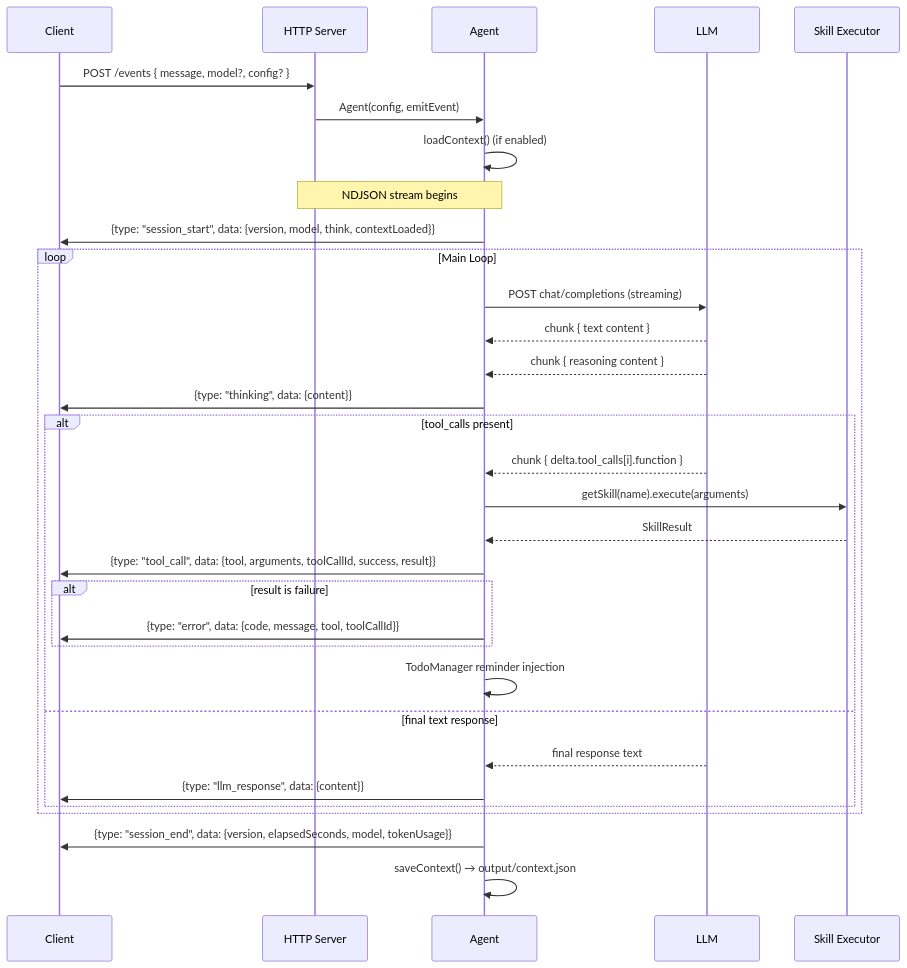
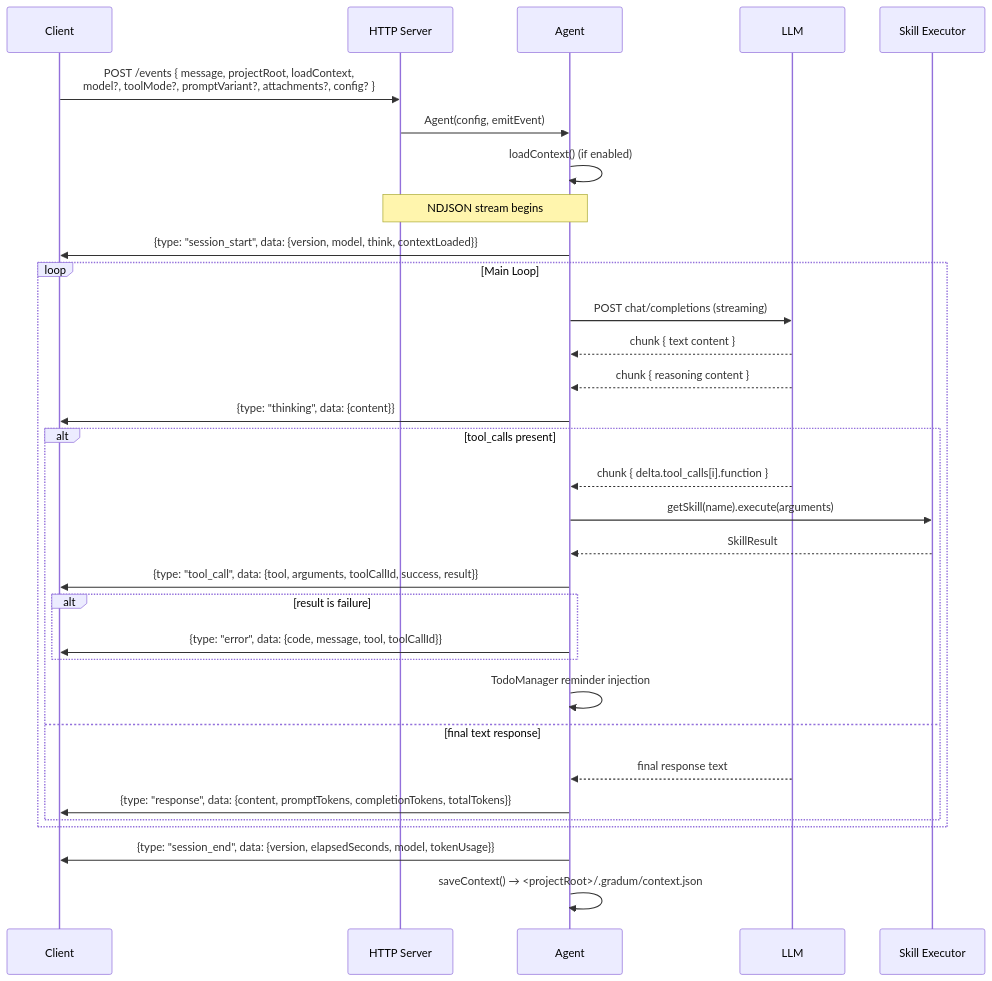
The fifth of 29 diagrams in docs/ARCHITECTURE.md (lg841226/Gradum), drawn with Mermaid before and after one commit. The commit also changed other lines of this file and 5 other files, not shown here.

Commit message:
docs: sync ARCHITECTURE.md with framework refactor and polish skill/plugin code

````diff
--- a/docs/ARCHITECTURE.md
+++ b/docs/ARCHITECTURE.md
@@ -466,37 +522,37 @@
 ```mermaid
 sequenceDiagram
     participant Client
     participant Server as HTTP Server
     participant Agent
     participant LLM
     participant Skill as Skill Executor
-    Client ->> Server: POST /events { message, model?, config? }
+    Client ->> Server: POST /events { message, projectRoot, loadContext,<br/>model?, toolMode?, promptVariant?, attachments?, config? }
     Server ->> Agent: Agent(config, emitEvent)
     Agent ->> Agent: loadContext() (if enabled)
     Note over Agent, Server: NDJSON stream begins
     Agent ->> Client: {type: "session_start", data: {version, model, think, contextLoaded}}
 
     loop Main Loop
         Agent ->> LLM: POST chat/completions (streaming)
         LLM -->> Agent: chunk { text content }
         LLM -->> Agent: chunk { reasoning content }
         Agent ->> Client: {type: "thinking", data: {content}}
 
         alt tool_calls present
             LLM -->> Agent: chunk { delta.tool_calls[i].function }
             Agent ->> Skill: getSkill(name).execute(arguments)
             Skill -->> Agent: SkillResult
             Agent ->> Client: {type: "tool_call", data: {tool, arguments, toolCallId, success, result}}
             alt result is failure
                 Agent ->> Client: {type: "error", data: {code, message, tool, toolCallId}}
             end
             Agent ->> Agent: TodoManager reminder injection
         else final text response
             LLM -->> Agent: final response text
-            Agent ->> Client: {type: "llm_response", data: {content}}
+            Agent ->> Client: {type: "response", data: {content, promptTokens, completionTokens, totalTokens}}
         end
     end
 
     Agent ->> Client: {type: "session_end", data: {version, elapsedSeconds, model, tokenUsage}}
-    Agent ->> Agent: saveContext() → output/context.json
+    Agent ->> Agent: saveContext() → <projectRoot>/.gradum/context.json
 ```
````
